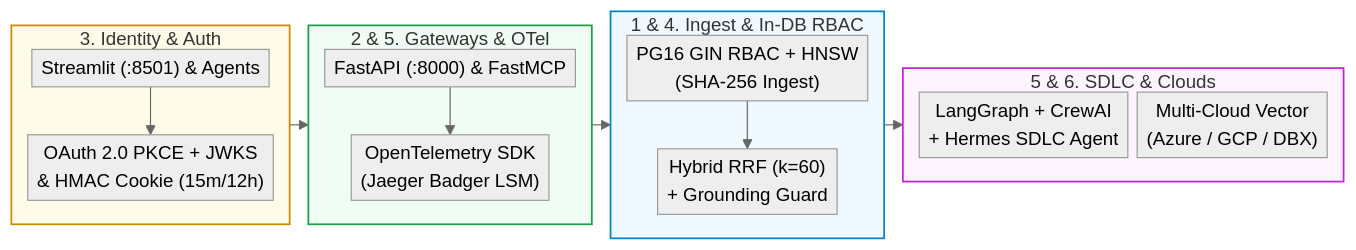
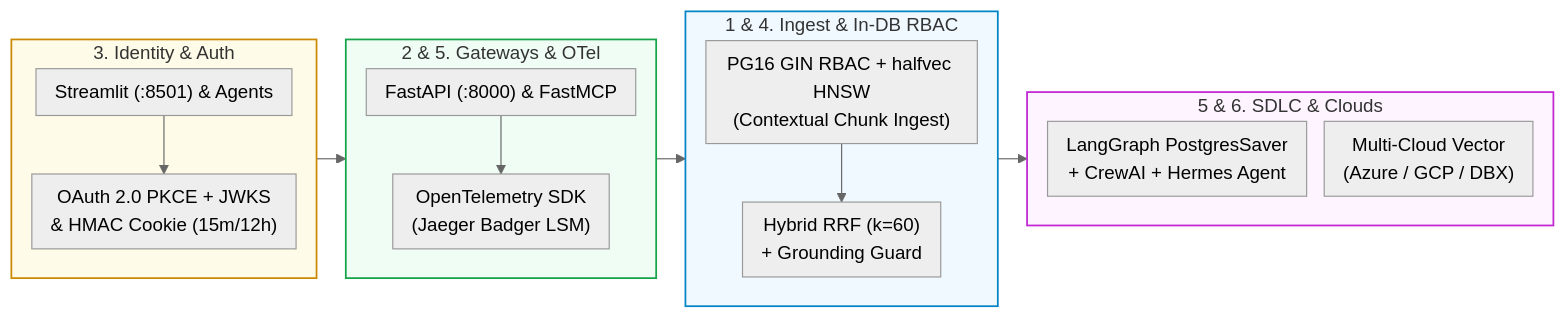
One commit to Kenono2000/enterprise-rag-pgvector-rbac changed the first of 7 diagrams in README.md. Above: the diagram before and after it, drawn with Mermaid (neutral theme). The commit also changed other lines of this file and 10 other files, not shown here.

````diff
--- a/README.md
+++ b/README.md
@@ -11,26 +11,26 @@
 ```mermaid
-%%{init: {'flowchart': {'nodeSpacing': 8, 'rankSpacing': 16, 'padding': 4}}}%%
+%%{init: {'flowchart': {'nodeSpacing': 15, 'rankSpacing': 25, 'padding': 8}}}%%
 flowchart LR
     subgraph Identity ["3. Identity & Auth"]
         direction TB
         UI["Streamlit (:8501) & Agents"] --> PKCE["OAuth 2.0 PKCE + JWKS<br/>& HMAC Cookie (15m/12h)"]
     end
     subgraph Gateways ["2 & 5. Gateways & OTel"]
         direction TB
         API["FastAPI (:8000) & FastMCP"] --> OTel["OpenTelemetry SDK<br/>(Jaeger Badger LSM)"]
     end
     subgraph RAGCore ["1 & 4. Ingest & In-DB RBAC"]
         direction TB
-        PG["PG16 GIN RBAC + HNSW<br/>(SHA-256 Ingest)"] --> RRF["Hybrid RRF (k=60)<br/>+ Grounding Guard"]
+        PG["PG16 GIN RBAC + halfvec HNSW<br/>(Contextual Chunk Ingest)"] --> RRF["Hybrid RRF (k=60)<br/>+ Grounding Guard"]
     end
     subgraph CloudAndSDLC ["5 & 6. SDLC & Clouds"]
         direction TB
-        SDLC["LangGraph + CrewAI<br/>+ Hermes SDLC Agent"]
+        SDLC["LangGraph PostgresSaver<br/>+ CrewAI + Hermes Agent"]
         Clouds["Multi-Cloud Vector<br/>(Azure / GCP / DBX)"]
     end
     Identity --> Gateways --> RAGCore --> CloudAndSDLC
     style Identity fill:#fefce8,stroke:#ca8a04,stroke-width:1.5px
     style Gateways fill:#f0fdf4,stroke:#16a34a,stroke-width:1.5px
     style RAGCore fill:#f0f9ff,stroke:#0284c7,stroke-width:1.5px
     style CloudAndSDLC fill:#fdf4ff,stroke:#c026d3,stroke-width:1.5px
 ```
````
